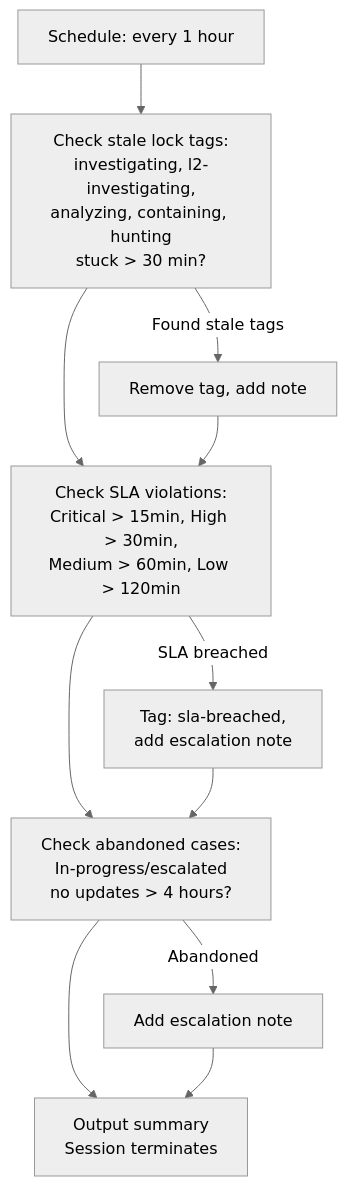
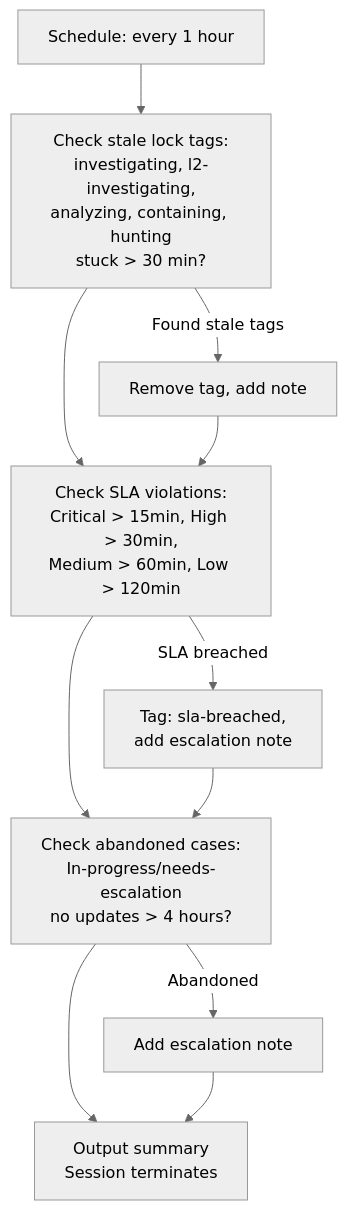
The diagram in lc-soc/tiered-soc/soc-manager/README.md (refractionPOINT/lc-ai), drawn with Mermaid (neutral theme) before and after one commit. The commit also changed 46 other files, not shown here.

````diff
--- a/lc-soc/tiered-soc/soc-manager/README.md
+++ b/lc-soc/tiered-soc/soc-manager/README.md
@@ -7,13 +7,13 @@
 ```mermaid
 flowchart TD
     trigger["Schedule: every 1 hour"] --> stale["Check stale lock tags:<br/>investigating, l2-investigating,<br/>analyzing, containing, hunting<br/>stuck > 30 min?"]
     stale -->|Found stale tags| remove[Remove tag, add note]
     stale --> sla["Check SLA violations:<br/>Critical > 15min, High > 30min,<br/>Medium > 60min, Low > 120min"]
     remove --> sla
     sla -->|SLA breached| breach["Tag: sla-breached,<br/>add escalation note"]
-    sla --> abandoned["Check abandoned cases:<br/>In-progress/escalated<br/>no updates > 4 hours?"]
+    sla --> abandoned["Check abandoned cases:<br/>In-progress/needs-escalation<br/>no updates > 4 hours?"]
     breach --> abandoned
     abandoned -->|Abandoned| escalate[Add escalation note]
     abandoned --> done["Output summary<br/>Session terminates"]
     escalate --> done
 ```
````
